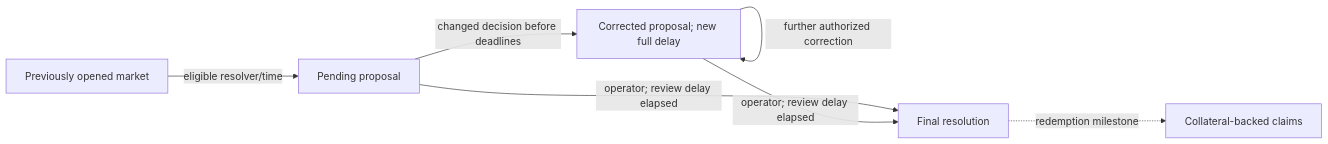
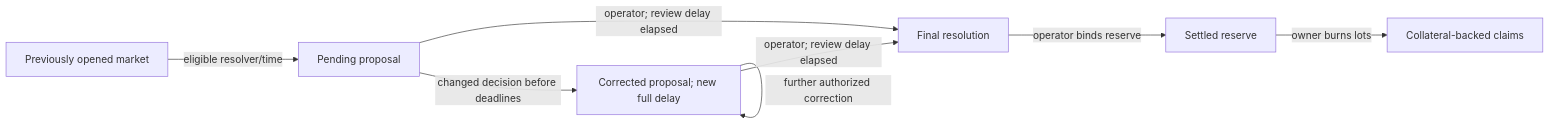
Before and after one commit to kunal171/outcomia-canton: the diagram in docs/binary-resolution.md, drawn with Mermaid. The commit also changed other lines of this file and 4 other files, not shown here.

Commit message:
docs: describe final reserve claims and remaining deployment boundary

````diff
--- a/docs/binary-resolution.md
+++ b/docs/binary-resolution.md
@@ -107,9 +107,10 @@
 ```mermaid
 flowchart LR
   Market[Previously opened market] -->|eligible resolver/time| Pending[Pending proposal]
   Pending -->|changed decision before deadlines| Revised[Corrected proposal; new full delay]
   Revised -->|further authorized correction| Revised
   Pending -->|operator; review delay elapsed| Final[Final resolution]
   Revised -->|operator; review delay elapsed| Final
-  Final -. redemption milestone .-> Claim[Collateral-backed claims]
+  Final -->|operator binds reserve| Settled[Settled reserve]
+  Settled -->|owner burns lots| Claim[Collateral-backed claims]
 ```
````
